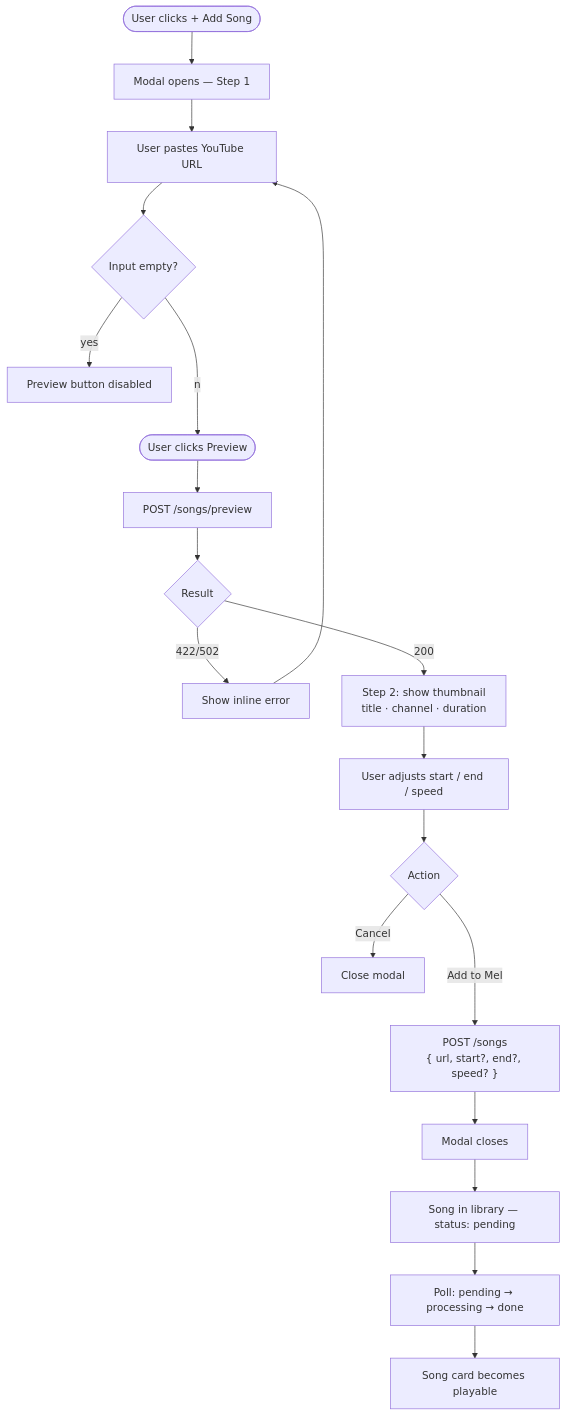
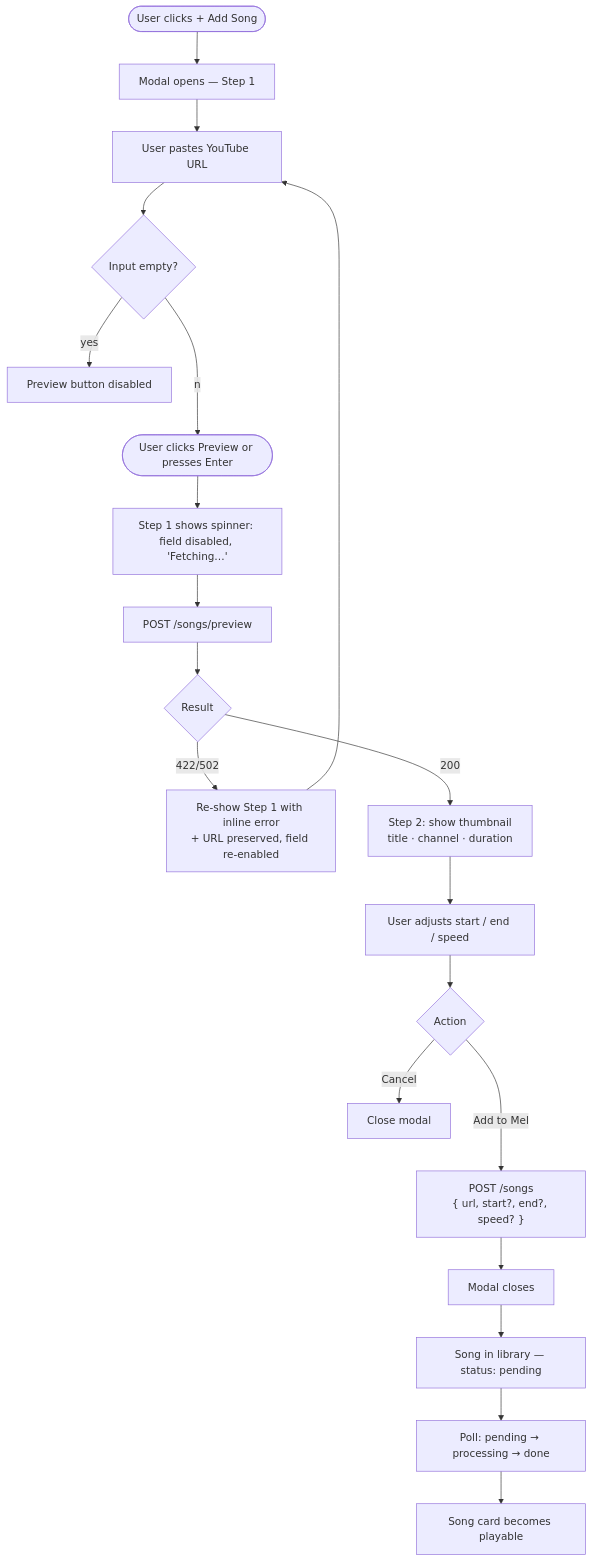
The fifth of 15 diagrams in docs/USER-FLOW.md (KarthikUdyawar/melo), drawn with Mermaid before and after one commit. The commit also changed other lines of this file and 26 other files, not shown here.

````diff
--- a/docs/USER-FLOW.md
+++ b/docs/USER-FLOW.md
@@ -71,21 +77,22 @@
 ```mermaid
 flowchart TD
     A([User clicks + Add Song]) --> B[Modal opens — Step 1]
     B --> C[User pastes YouTube URL]
     C --> D{Input empty?}
     D --yes--> E[Preview button disabled]
-    D --no--> F([User clicks Preview])
-    F --> G["POST /songs/preview"]
-    G --> H{Result}
-    H --422/502--> I[Show inline error]
-    I --> C
-    H --200--> J[Step 2: show thumbnail\ntitle · channel · duration]
-    J --> K[User adjusts start / end / speed]
-    K --> L{Action}
-    L --Cancel--> M[Close modal]
-    L --Add to Melo--> N["POST /songs\n{ url, start?, end?, speed? }"]
-    N --> O[Modal closes]
-    O --> P[Song in library — status: pending]
-    P --> Q[Poll: pending → processing → done]
-    Q --> R[Song card becomes playable]
+    D --no--> F([User clicks Preview or presses Enter])
+    F --> G[Step 1 shows spinner: field disabled, 'Fetching…']
+    G --> H["POST /songs/preview"]
+    H --> I{Result}
+    I --422/502--> J[Re-show Step 1 with inline error\n+ URL preserved, field re-enabled]
+    J --> C
+    I --200--> K[Step 2: show thumbnail\ntitle · channel · duration]
+    K --> L[User adjusts start / end / speed]
+    L --> M{Action}
+    M --Cancel--> N[Close modal]
+    M --Add to Melo--> O["POST /songs\n{ url, start?, end?, speed? }"]
+    O --> P[Modal closes]
+    P --> Q[Song in library — status: pending]
+    Q --> R[Poll: pending → processing → done]
+    R --> S[Song card becomes playable]
 ```
````
